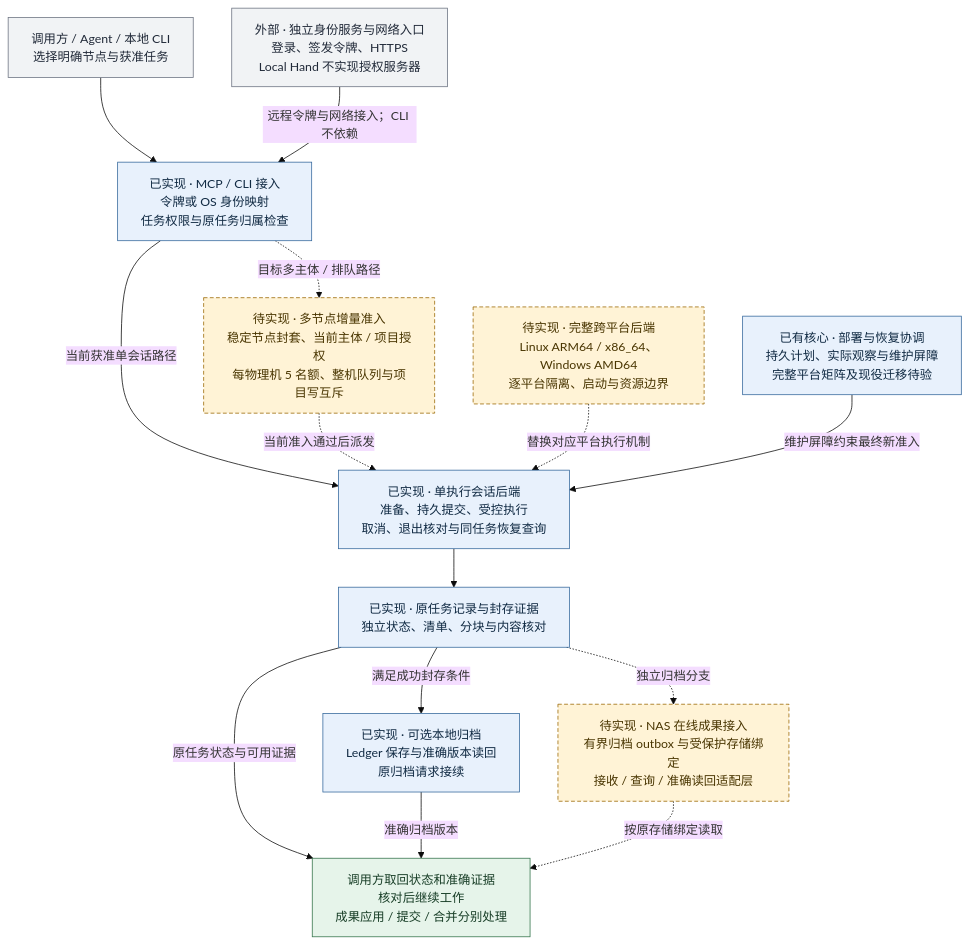
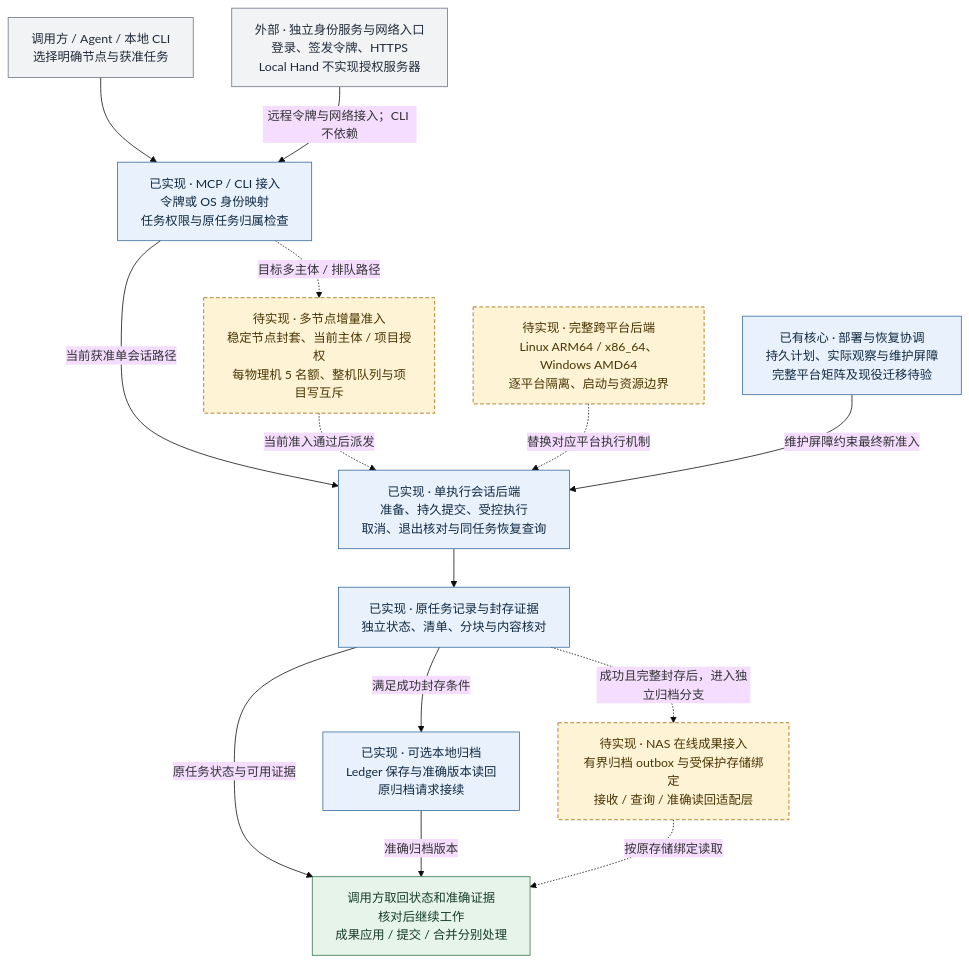
One commit to kongbu0621/infra-local-hand changed the diagram in README.md. Above: the diagram before and after it, drawn with Mermaid (base theme).

Commit message:
docs: constrain planned NAS archival to successful sealed results

````diff
--- a/README.md
+++ b/README.md
@@ -98,36 +98,36 @@
 ```mermaid
 %%{init: {"flowchart": {"wrappingWidth": 240}}}%%
 flowchart TD
     A["调用方 / Agent / 本地 CLI<br/>选择明确节点与获准任务"]
     I["已实现 · MCP / CLI 接入<br/>令牌或 OS 身份映射<br/>任务权限与原任务归属检查"]
     O["外部 · 独立身份服务与网络入口<br/>登录、签发令牌、HTTPS<br/>Local Hand 不实现授权服务器"]
     Q["待实现 · 多节点增量准入<br/>稳定节点封套、当前主体 / 项目授权<br/>每物理机 5 名额、整机队列与项目写互斥"]
     E["已实现 · 单执行会话后端<br/>准备、持久提交、受控执行<br/>取消、退出核对与同任务恢复查询"]
     P["待实现 · 完整跨平台后端<br/>Linux ARM64 / x86_64、Windows AMD64<br/>逐平台隔离、启动与资源边界"]
     S["已实现 · 原任务记录与封存证据<br/>独立状态、清单、分块与内容核对"]
     L["已实现 · 可选本地归档<br/>Ledger 保存与准确版本读回<br/>原归档请求接续"]
     N["待实现 · NAS 在线成果接入<br/>有界归档 outbox 与受保护存储绑定<br/>接收 / 查询 / 准确读回适配层"]
     D["已有核心 · 部署与恢复协调<br/>持久计划、实际观察与维护屏障<br/>完整平台矩阵及现役迁移待验"]
     U["调用方取回状态和准确证据<br/>核对后继续工作<br/>成果应用 / 提交 / 合并分别处理"]
     A --> I
     O -->|"远程令牌与网络接入；CLI 不依赖"| I
     I -->|"当前获准单会话路径"| E
     I -.->|"目标多主体 / 排队路径"| Q
     Q -.->|"当前准入通过后派发"| E
     P -.->|"替换对应平台执行机制"| E
     E --> S
     S -->|"原任务状态与可用证据"| U
     S -->|"满足成功封存条件"| L
     L -->|"准确归档版本"| U
-    S -.->|"独立归档分支"| N
+    S -.->|"成功且完整封存后，进入独立归档分支"| N
     N -.->|"按原存储绑定读取"| U
     D -->|"维护屏障约束最终新准入"| E
     class I,E,S,L,D built
     class Q,P,N pending
     class A,O external
     class U outcome
     classDef built fill:#e8f1fc,stroke:#35689c,color:#102a43
     classDef pending fill:#fff3d6,stroke:#9a6700,color:#493500,stroke-dasharray:5 3
     classDef external fill:#f1f3f5,stroke:#6b7280,color:#202938
     classDef outcome fill:#e6f4ea,stroke:#33734a,color:#173d26
 ```
````
